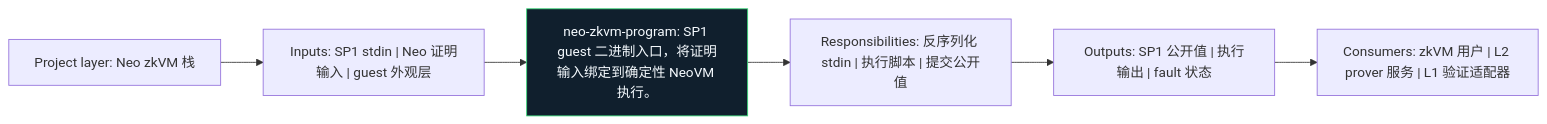
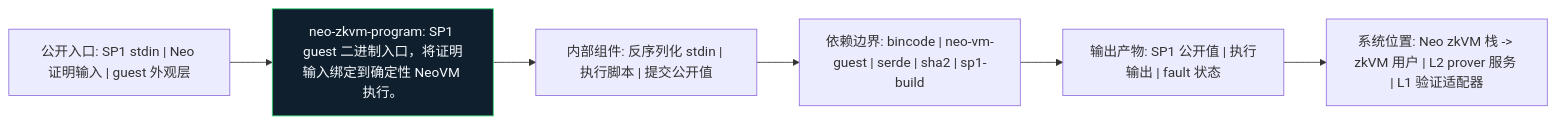
The diagram in crates/neo-zkvm-program/docs/figures/architecture.zh.mmd (r3e-network/neo-zkvm), drawn with Mermaid before and after one commit. The commit also changed 97 other files, not shown here.

```diff
--- a/crates/neo-zkvm-program/docs/figures/architecture.zh.mmd
+++ b/crates/neo-zkvm-program/docs/figures/architecture.zh.mmd
@@ -1,14 +1,14 @@
 flowchart LR
-    N1["Project layer: Neo zkVM 栈"]
-    N2["Inputs: SP1 stdin | Neo 证明输入 | guest 外观层"]
-    N3["neo-zkvm-program: SP1 guest 二进制入口，将证明输入绑定到确定性 NeoVM 执行。"]
-    N4["Responsibilities: 反序列化 stdin | 执行脚本 | 提交公开值"]
-    N5["Outputs: SP1 公开值 | 执行输出 | fault 状态"]
-    N6["Consumers: zkVM 用户 | L2 prover 服务 | L1 验证适配器"]
+    N1["公开入口: SP1 stdin | Neo 证明输入 | guest 外观层"]
+    N2["neo-zkvm-program: SP1 guest 二进制入口，将证明输入绑定到确定性 NeoVM 执行。"]
+    N3["内部组件: 反序列化 stdin | 执行脚本 | 提交公开值"]
+    N4["依赖边界: bincode | neo-vm-guest | serde | sha2 | sp1-build"]
+    N5["输出产物: SP1 公开值 | 执行输出 | fault 状态"]
+    N6["系统位置: Neo zkVM 栈 -> zkVM 用户 | L2 prover 服务 | L1 验证适配器"]
     N1 --> N2
     N2 --> N3
     N3 --> N4
     N4 --> N5
     N5 --> N6
     classDef crate fill:#101f2d,stroke:#38d978,color:#f6fbff
-    class N3 crate
+    class N2 crate
```
